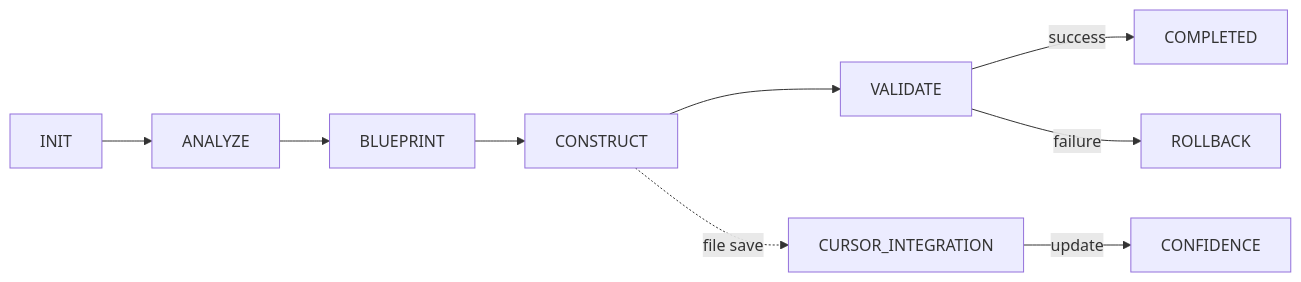
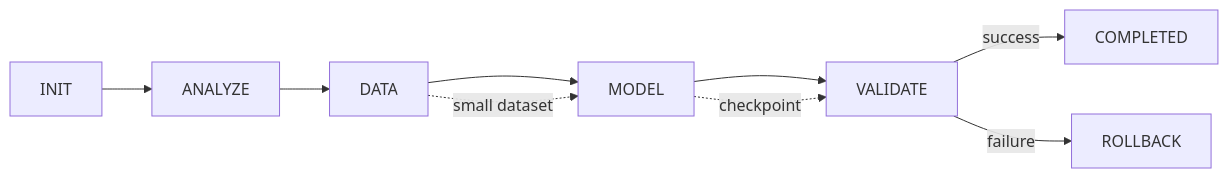
The diagram in workflow_state.md (kleosr/cursorkleosr), drawn with Mermaid before and after one commit. The commit also changed other lines of this file and 1 other file, not shown here.

````diff
--- a/workflow_state.md
+++ b/workflow_state.md
@@ -127,8 +57,8 @@
 ```mermaid
 graph LR
-    INIT --> ANALYZE --> BLUEPRINT --> CONSTRUCT --> VALIDATE
+    INIT --> ANALYZE --> DATA --> MODEL --> VALIDATE
     VALIDATE -->|success| COMPLETED
     VALIDATE -->|failure| ROLLBACK
-    CONSTRUCT -.->|file save| CURSOR_INTEGRATION
-    CURSOR_INTEGRATION -->|update| CONFIDENCE
+    DATA -.->|small dataset| MODEL
+    MODEL -.->|checkpoint| VALIDATE
 ```
````
